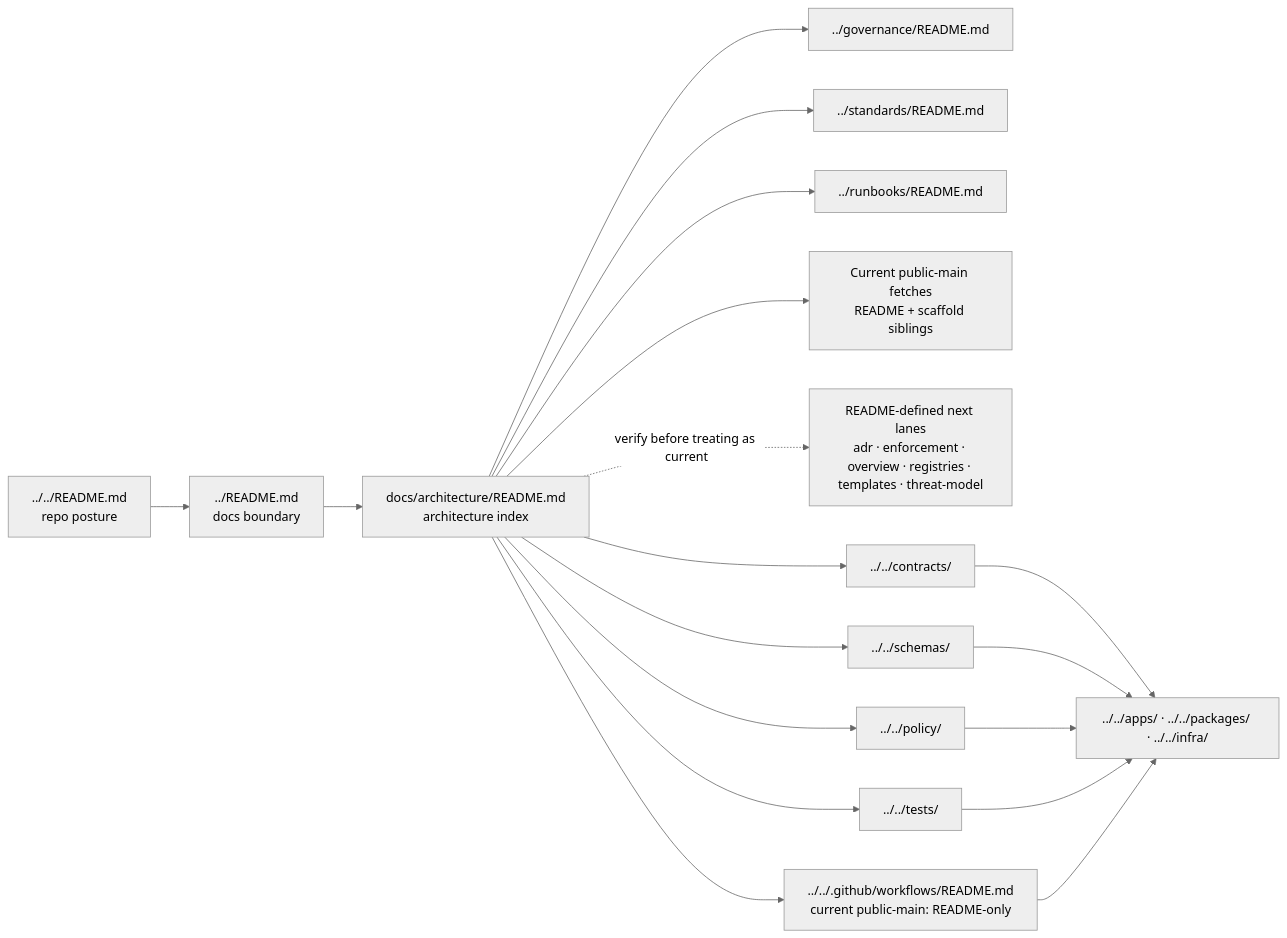
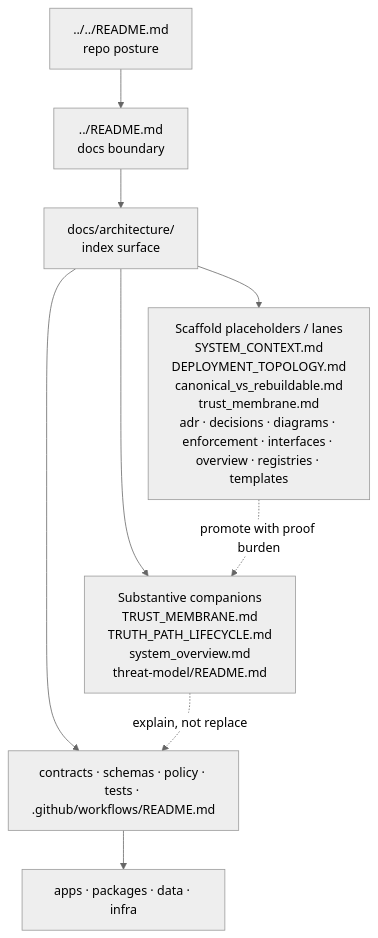
Before and after one commit to bartytime4life/Kansas-Frontier-Matrix: the diagram in docs/architecture/README.md, drawn with Mermaid (neutral theme). The commit also changed other lines of this file, not shown here.

````diff
--- a/docs/architecture/README.md
+++ b/docs/architecture/README.md
@@ -251,24 +289,13 @@
 ```mermaid
-flowchart LR
+flowchart TB
   Root["../../README.md<br/>repo posture"] --> Docs["../README.md<br/>docs boundary"]
-  Docs --> Arch["docs/architecture/README.md<br/>architecture index"]
+  Docs --> Arch["docs/architecture/<br/>index surface"]
 
-  Arch --> Gov["../governance/README.md"]
-  Arch --> Std["../standards/README.md"]
-  Arch --> Run["../runbooks/README.md"]
+  Arch --> Core["Substantive companions<br/>TRUST_MEMBRANE.md<br/>TRUTH_PATH_LIFECYCLE.md<br/>system_overview.md<br/>threat-model/README.md"]
+  Arch --> Scaffolds["Scaffold placeholders / lanes<br/>SYSTEM_CONTEXT.md<br/>DEPLOYMENT_TOPOLOGY.md<br/>canonical_vs_rebuildable.md<br/>trust_membrane.md<br/>adr · decisions · diagrams · enforcement · interfaces · overview · registries · templates"]
+  Arch --> Machine["contracts · schemas · policy · tests · .github/workflows/README.md"]
+  Machine --> Runtime["apps · packages · data · infra"]
 
-  Arch --> Fetched["Current public-main fetches<br/>README + scaffold siblings"]
-  Arch -. verify before treating as current .-> Growth["README-defined next lanes<br/>adr · enforcement · overview · registries · templates · threat-model"]
-
-  Arch --> Contracts["../../contracts/"]
-  Arch --> Schemas["../../schemas/"]
-  Arch --> Policy["../../policy/"]
-  Arch --> Tests["../../tests/"]
-  Arch --> Workflows["../../.github/workflows/README.md<br/>current public-main: README-only"]
-
-  Contracts --> Runtime["../../apps/ · ../../packages/ · ../../infra/"]
-  Schemas --> Runtime
-  Policy --> Runtime
-  Tests --> Runtime
-  Workflows --> Runtime
+  Scaffolds -. promote with proof burden .-> Core
+  Core -. explain, not replace .-> Machine
 ```
````
